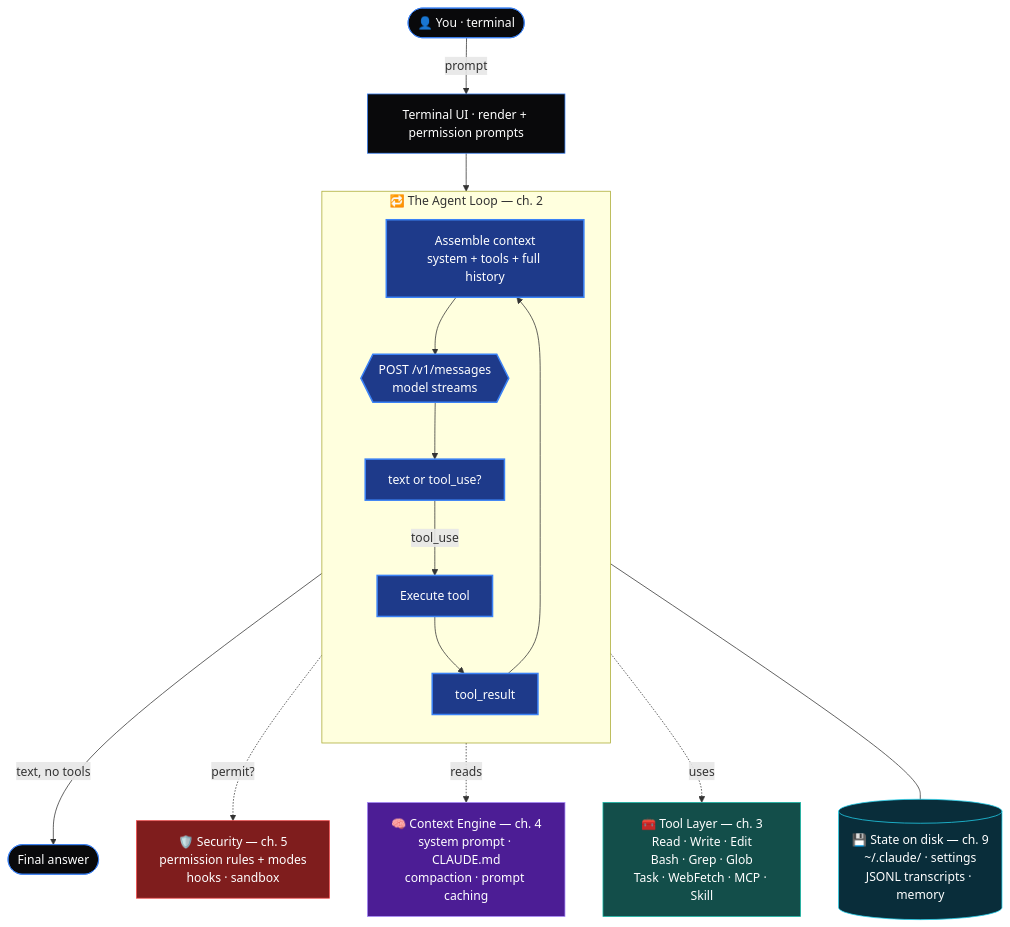
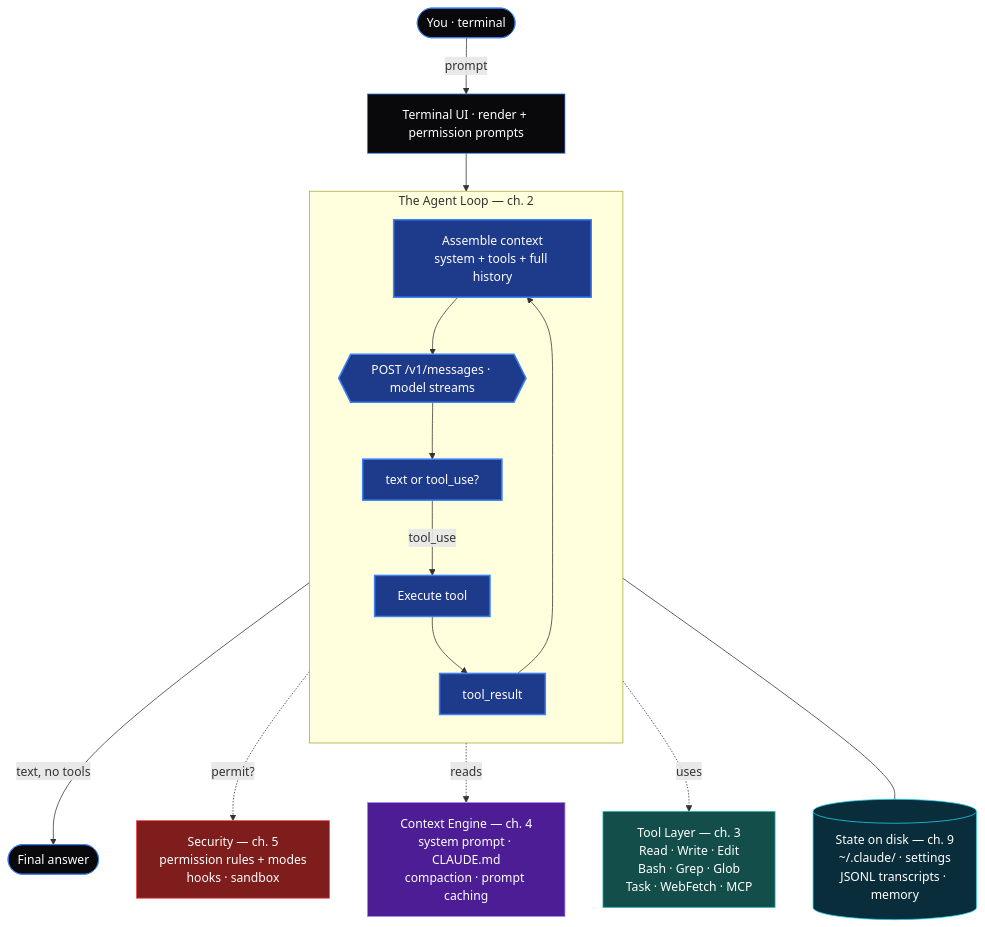
The first of 2 diagrams in README.md (SaieshwarTech/reverse-engineering-claude-code), drawn with Mermaid before and after one commit. The commit also changed other lines of this file and 1 other file, not shown here.

````diff
--- a/README.md
+++ b/README.md
@@ -31,42 +109,40 @@
 ```mermaid
 flowchart TB
-    U([👤 You · terminal]) -->|prompt| UI[Terminal UI · render + permission prompts]
+    U([You · terminal]) -->|prompt| UI[Terminal UI · render + permission prompts]
 
-    subgraph LOOP["🔁 The Agent Loop — ch. 2"]
+    subgraph LOOP["The Agent Loop — ch. 2"]
         direction TB
         CTX[Assemble context<br/>system + tools + full history]
-        API{{POST /v1/messages<br/>model streams}}
+        API{{POST /v1/messages · model streams}}
         DEC[text or tool_use?]
         EXEC[Execute tool]
         RES[tool_result]
         CTX --> API --> DEC
         DEC -->|tool_use| EXEC --> RES --> CTX
     end
 
     UI --> CTX
     DEC -->|text, no tools| OUT([Final answer])
-
     EXEC -.permit?.-> SEC
     CTX -.reads.-> CE
     EXEC -.uses.-> TL
 
-    TL["🧰 Tool Layer — ch. 3<br/>Read · Write · Edit<br/>Bash · Grep · Glob<br/>Task · WebFetch · MCP · Skill"]
-    CE["🧠 Context Engine — ch. 4<br/>system prompt · CLAUDE.md<br/>compaction · prompt caching"]
-    SEC["🛡️ Security — ch. 5<br/>permission rules + modes<br/>hooks · sandbox"]
-    DISK[("💾 State on disk — ch. 9<br/>~/.claude/ · settings<br/>JSONL transcripts · memory")]
-
+    TL["Tool Layer — ch. 3<br/>Read · Write · Edit<br/>Bash · Grep · Glob<br/>Task · WebFetch · MCP"]
+    CE["Context Engine — ch. 4<br/>system prompt · CLAUDE.md<br/>compaction · prompt caching"]
+    SEC["Security — ch. 5<br/>permission rules + modes<br/>hooks · sandbox"]
+    DISK[("State on disk — ch. 9<br/>~/.claude/ · settings<br/>JSONL transcripts · memory")]
     LOOP --- DISK
 
     classDef loop fill:#1e3a8a,stroke:#3B82F6,stroke-width:2px,color:#fff
     classDef tools fill:#134e4a,stroke:#14b8a6,color:#fff
     classDef ctx fill:#4c1d95,stroke:#a78bfa,color:#fff
     classDef sec fill:#7f1d1d,stroke:#ef4444,color:#fff
     classDef disk fill:#092d3a,stroke:#22d3ee,color:#fff
     classDef io fill:#09090B,stroke:#3B82F6,color:#fff
     class CTX,API,DEC,EXEC,RES loop
     class TL tools
     class CE ctx
     class SEC sec
     class DISK disk
     class U,UI,OUT io
 ```
````
